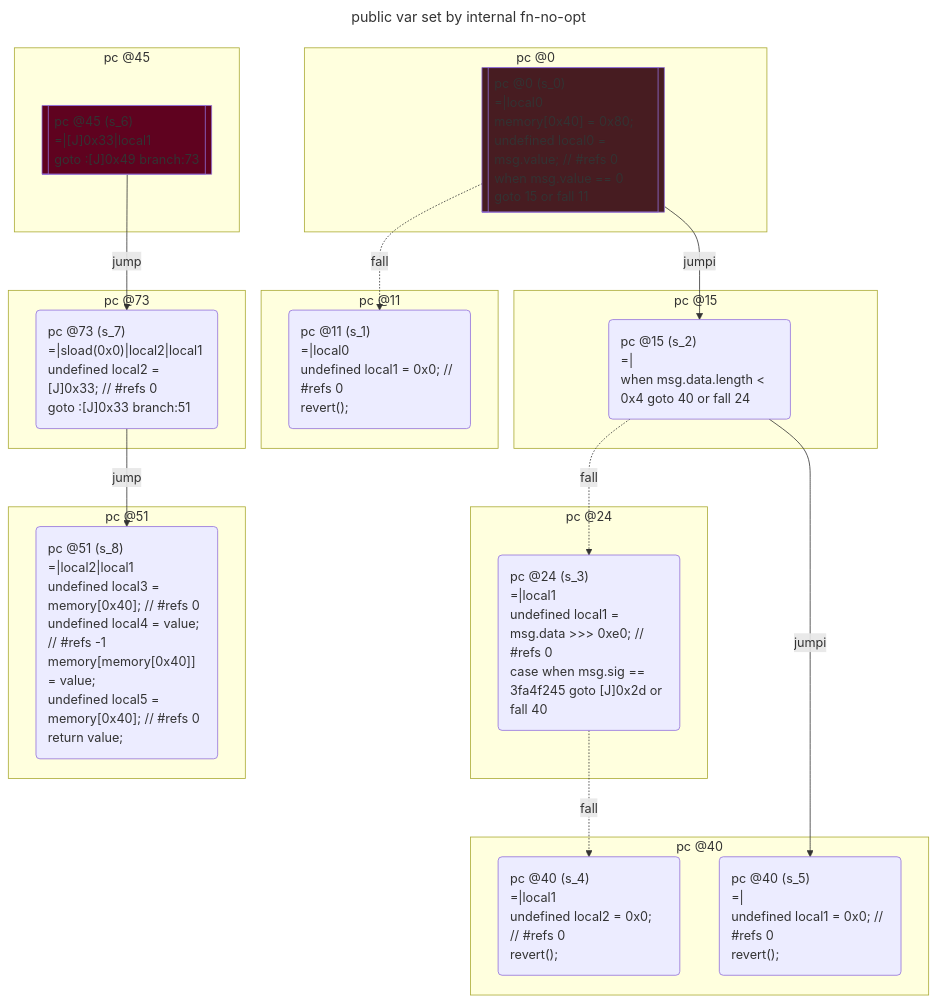
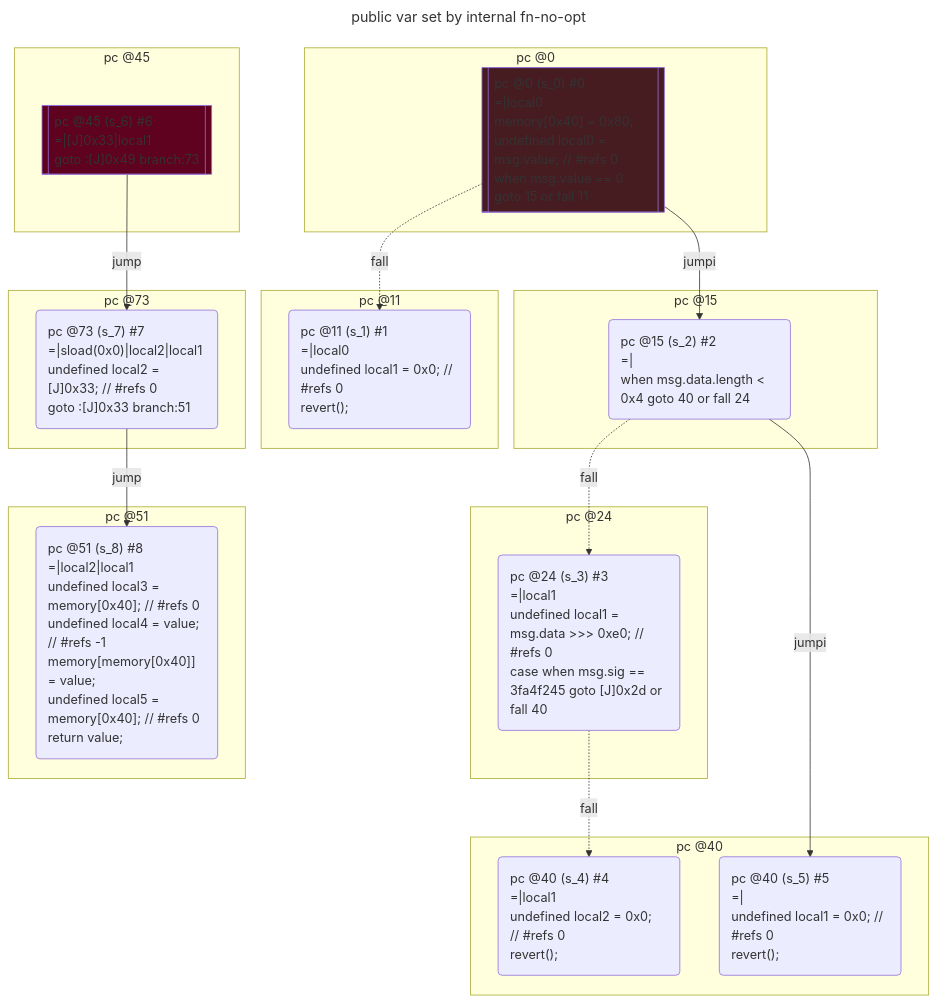
The first of 2 diagrams in test/__snapshots__/contracts/variables/public-var-set-by-internal-fn.snap.md (acuarica/evm), drawn with Mermaid before and after one commit. The commit also changed other lines of this file and 18 other files, not shown here.

```diff
--- a/test/__snapshots__/contracts/variables/public-var-set-by-internal-fn.snap.md
+++ b/test/__snapshots__/contracts/variables/public-var-set-by-internal-fn.snap.md
@@ -68,7 +68,7 @@
 flowchart TD
   classDef state text-align:left
   subgraph cluster_0 ["pc @0"]
-    s_0[["pc @0 (s_0)
+    s_0[["pc @0 (s_0) #0
 =|local0
 memory[0x40] = 0x80;
 undefined local0 = msg.value; // #refs 0
@@ -78,7 +78,7 @@
     style s_0 fill:#471C21
   end
   subgraph cluster_11 ["pc @11"]
-    s_1("pc @11 (s_1)
+    s_1("pc @11 (s_1) #1
 =|local0
 undefined local1 = 0x0; // #refs 0
 revert();
@@ -86,14 +86,14 @@
     class s_1 state
   end
   subgraph cluster_15 ["pc @15"]
-    s_2("pc @15 (s_2)
+    s_2("pc @15 (s_2) #2
 =|
 when msg.data.length < 0x4 goto 40 or fall 24
 ")
     class s_2 state
   end
   subgraph cluster_24 ["pc @24"]
-    s_3("pc @24 (s_3)
+    s_3("pc @24 (s_3) #3
 =|local1
 undefined local1 = msg.data >>> 0xe0; // #refs 0
 case when msg.sig == 3fa4f245 goto [J]0x2d or fall 40
@@ -101,13 +101,13 @@
     class s_3 state
   end
   subgraph cluster_40 ["pc @40"]
-    s_4("pc @40 (s_4)
+    s_4("pc @40 (s_4) #4
 =|local1
 undefined local2 = 0x0; // #refs 0
 revert();
 ")
     class s_4 state
-    s_5("pc @40 (s_5)
+    s_5("pc @40 (s_5) #5
 =|
 undefined local1 = 0x0; // #refs 0
 revert();
@@ -115,7 +115,7 @@
     class s_5 state
   end
   subgraph cluster_45 ["pc @45"]
-    s_6[["pc @45 (s_6)
+    s_6[["pc @45 (s_6) #6
 =|[J]0x33|local1
 goto :[J]0x49 branch:73
 "]]
@@ -123,7 +123,7 @@
     style s_6 fill:#5F021F
   end
   subgraph cluster_73 ["pc @73"]
-    s_7("pc @73 (s_7)
+    s_7("pc @73 (s_7) #7
 =|sload(0x0)|local2|local1
 undefined local2 = [J]0x33; // #refs 0
 goto :[J]0x33 branch:51
@@ -131,7 +131,7 @@
     class s_7 state
   end
   subgraph cluster_51 ["pc @51"]
-    s_8("pc @51 (s_8)
+    s_8("pc @51 (s_8) #8
 =|local2|local1
 undefined local3 = memory[0x40]; // #refs 0
 undefined local4 = value; // #refs -1
```
